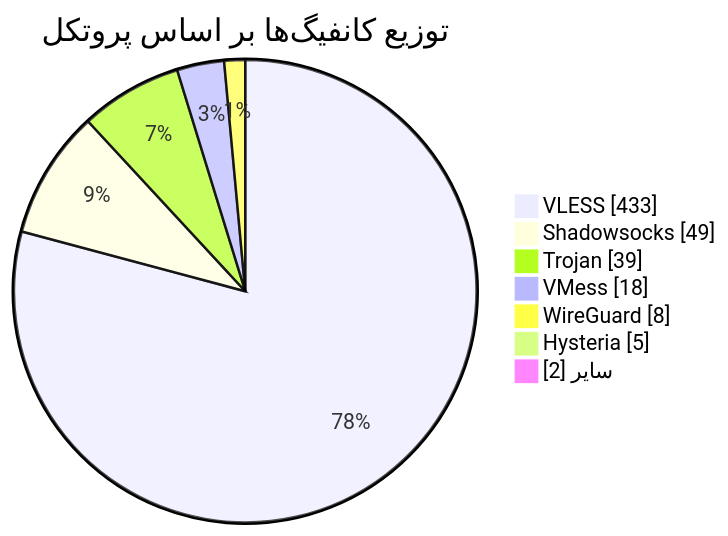
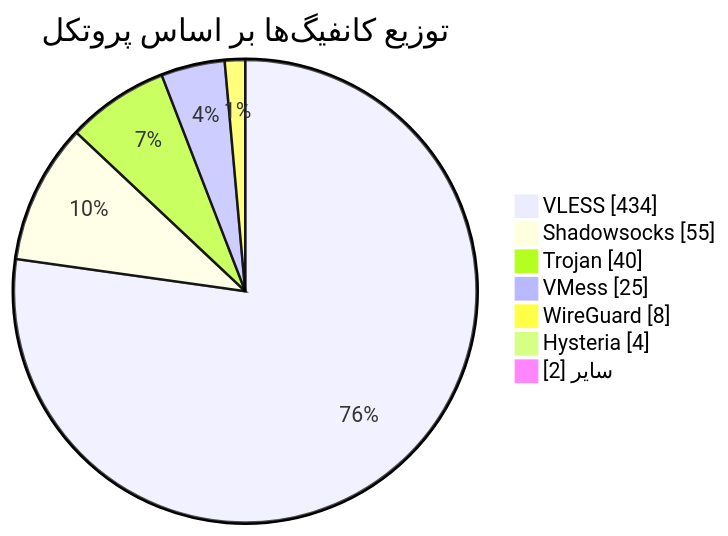
One commit to Arian-Alijani/Somthing changed the diagram in README.md. Above: the diagram before and after it, drawn with Mermaid. The commit also changed other lines of this file and 19 other files, not shown here.

````diff
--- a/README.md
+++ b/README.md
@@ -49,11 +49,11 @@
 ```mermaid
 pie showData
     title توزیع کانفیگ‌ها بر اساس پروتکل
-    "VLESS" : 433
-    "Shadowsocks" : 49
-    "Trojan" : 39
-    "VMess" : 18
+    "VLESS" : 434
+    "Shadowsocks" : 55
+    "Trojan" : 40
+    "VMess" : 25
     "WireGuard" : 8
-    "Hysteria" : 5
+    "Hysteria" : 4
     "سایر" : 2
 ```
````
